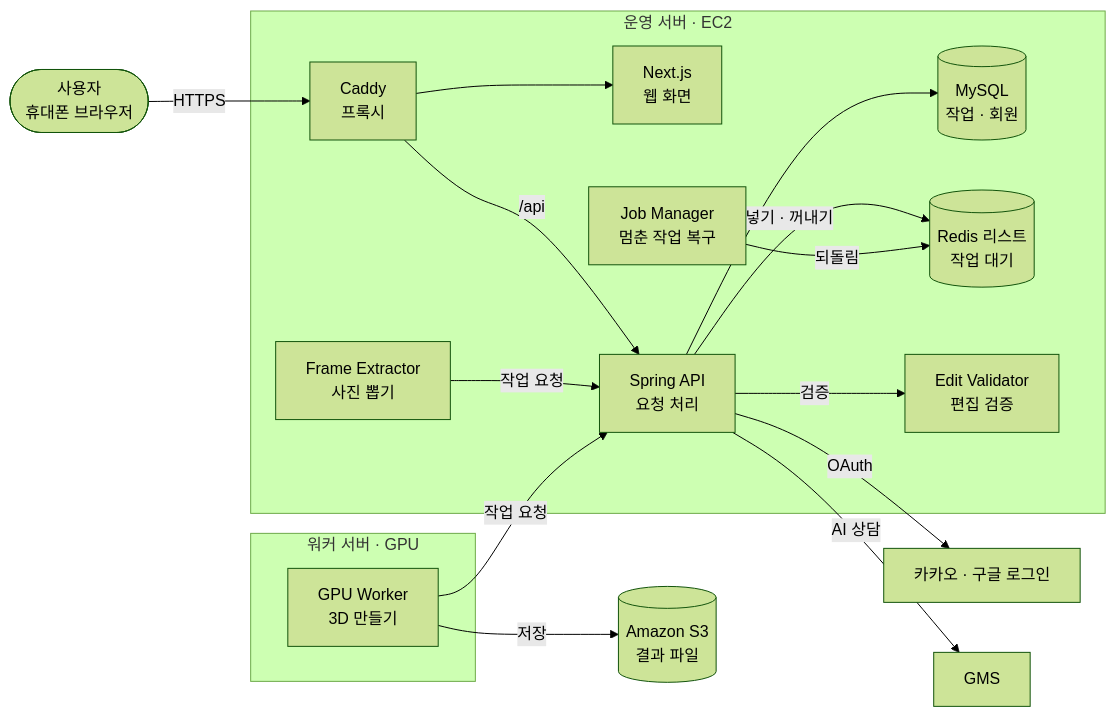
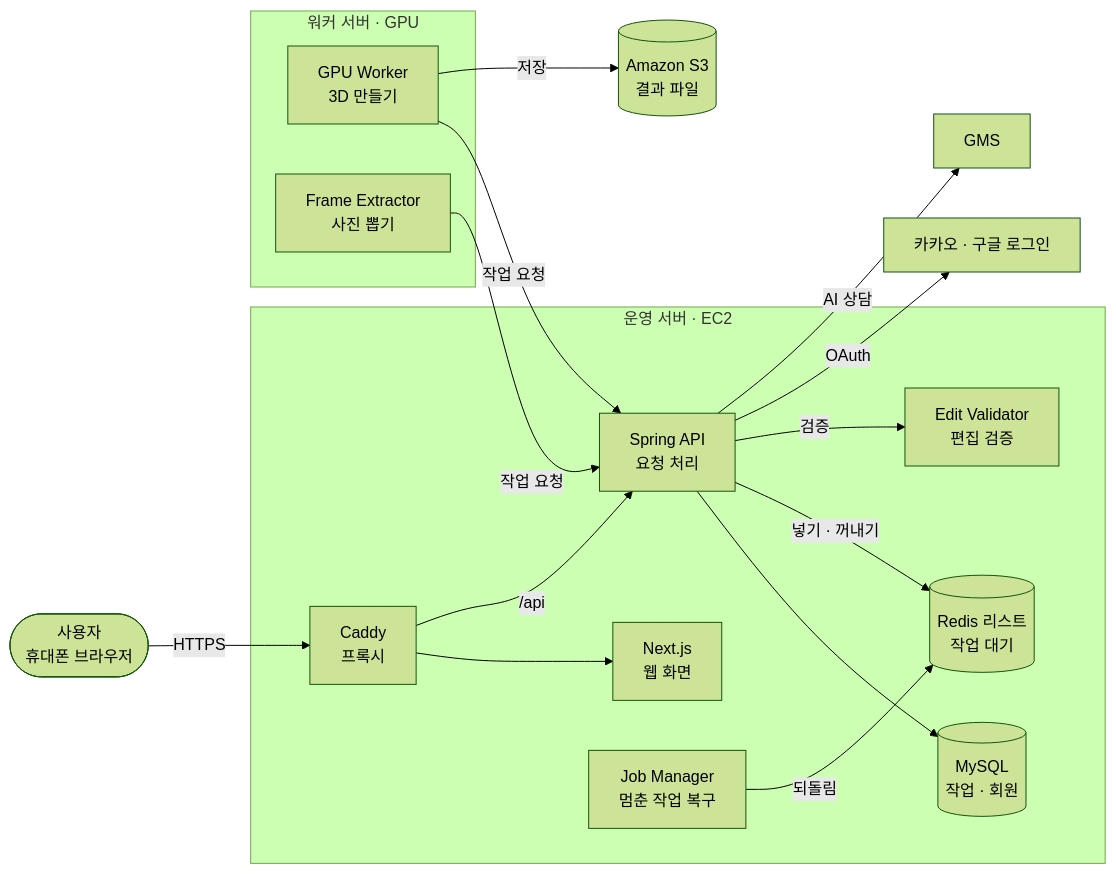
Before and after one commit to scnelMG/preface: the diagram in README.md, drawn with Mermaid (forest theme). The commit also changed other lines of this file and 15 other files, not shown here.

````diff
--- a/README.md
+++ b/README.md
@@ -198,23 +253,23 @@
 ```mermaid
 flowchart LR
   user([사용자<br/>휴대폰 브라우저]) -->|HTTPS| caddy
 
   subgraph ec2[운영 서버 · EC2]
     caddy[Caddy<br/>프록시] --> web[Next.js<br/>웹 화면]
     caddy -->|/api| api[Spring API<br/>요청 처리]
     api --> mysql[(MySQL<br/>작업 · 회원)]
     api -->|넣기 · 꺼내기| redis[(Redis 리스트<br/>작업 대기)]
     jm[Job Manager<br/>멈춘 작업 복구] -->|되돌림| redis
     api -->|검증| ev[Edit Validator<br/>편집 검증]
-    fx[Frame Extractor<br/>사진 뽑기] -->|작업 요청| api
   end
 
   subgraph gpu[워커 서버 · GPU]
     worker[GPU Worker<br/>3D 만들기]
+    fx[Frame Extractor<br/>사진 뽑기] -->|작업 요청| api
   end
 
   worker -->|작업 요청| api
   worker -->|저장| s3[(Amazon S3<br/>결과 파일)]
   api -->|OAuth| oauth[카카오 · 구글 로그인]
   api -->|AI 상담| gms[GMS]
 ```
````
